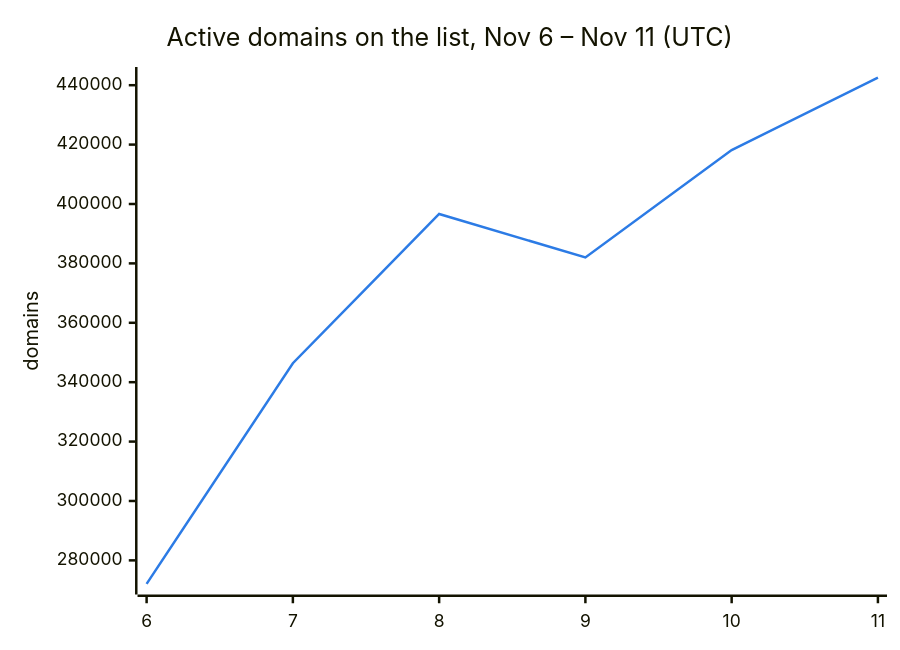
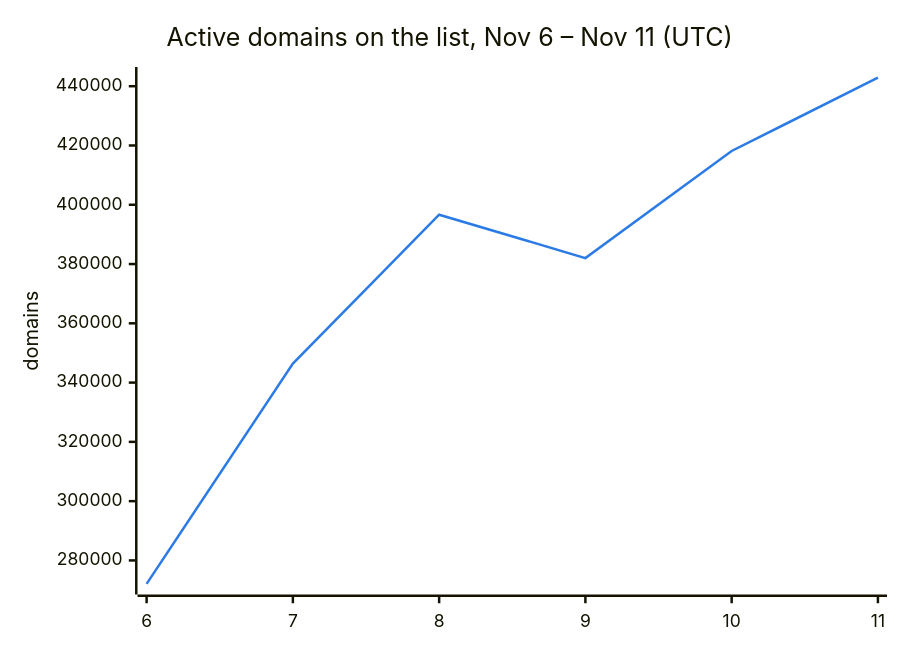
The second of 3 diagrams in README.md (DNSBunker/CTI), drawn with Mermaid before and after one commit. The commit also changed other lines of this file and 3 other files, not shown here.

````diff
--- a/README.md
+++ b/README.md
@@ -38,8 +38,8 @@
 ```mermaid
 %%{init: {"themeVariables": {"xyChart": {"plotColorPalette": "#2c7be5"}}}}%%
 xychart-beta
     title "Active domains on the list, Nov 6 – Nov 11 (UTC)"
     x-axis ["6", "7", "8", "9", "10", "11"]
     y-axis "domains"
-    line [272088, 346388, 396638, 382009, 418143, 442549]
+    line [272088, 346388, 396638, 382009, 418143, 442895]
 ```
````
